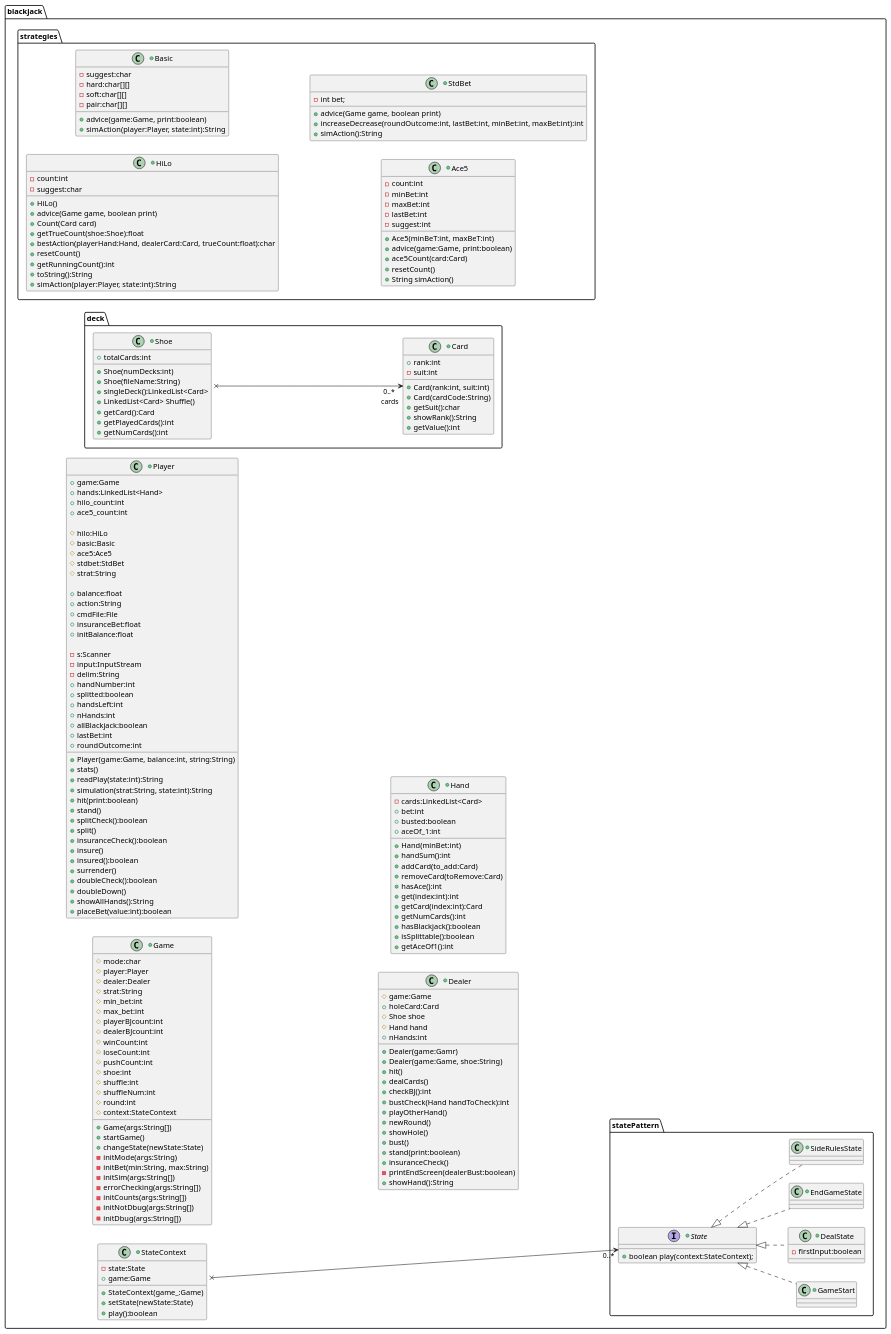
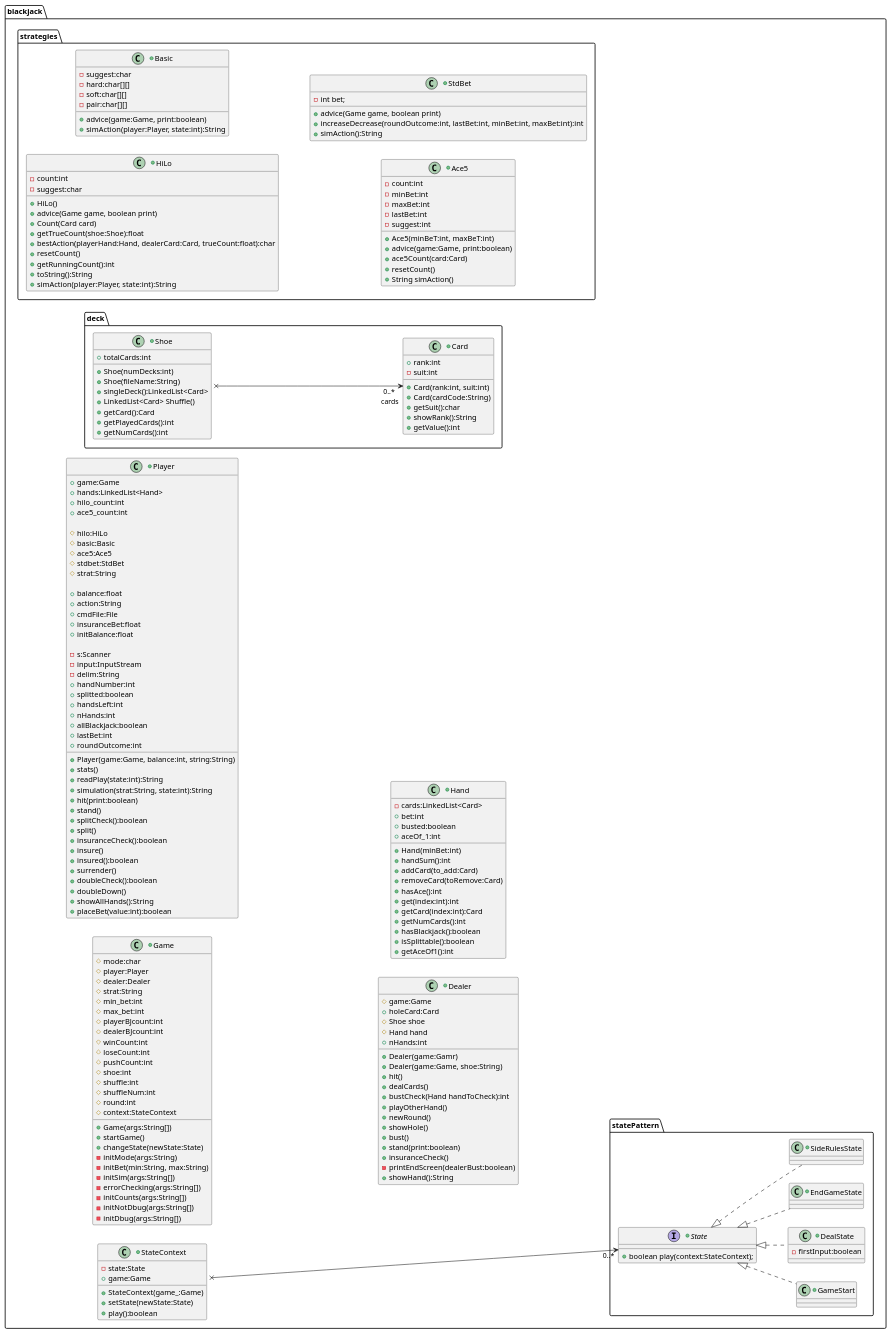
Before and after one commit to FranciscoRomao/POO-BlackJack: the diagram in blackjack.puml, drawn with PlantUML. The commit also changed 10 other files, not shown here.

```diff
--- a/blackjack.puml
+++ b/blackjack.puml
@@ -96,7 +96,6 @@
         +Dealer(game:Game, shoe:String)
         +hit()
         +dealCards()
-        +checkBJ():int
         +bustCheck(Hand handToCheck):int
         +playOtherHand()
         +newRound()
```
